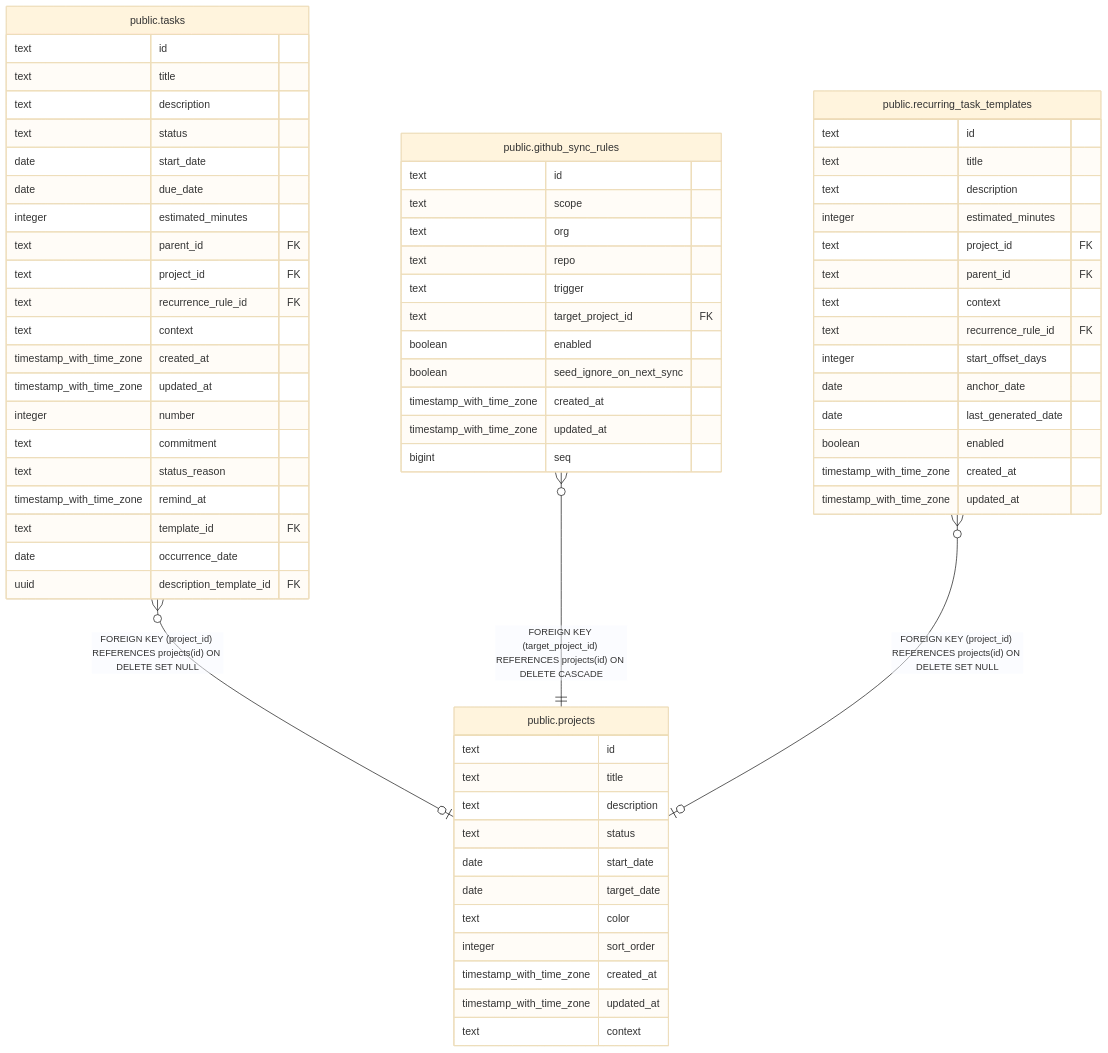
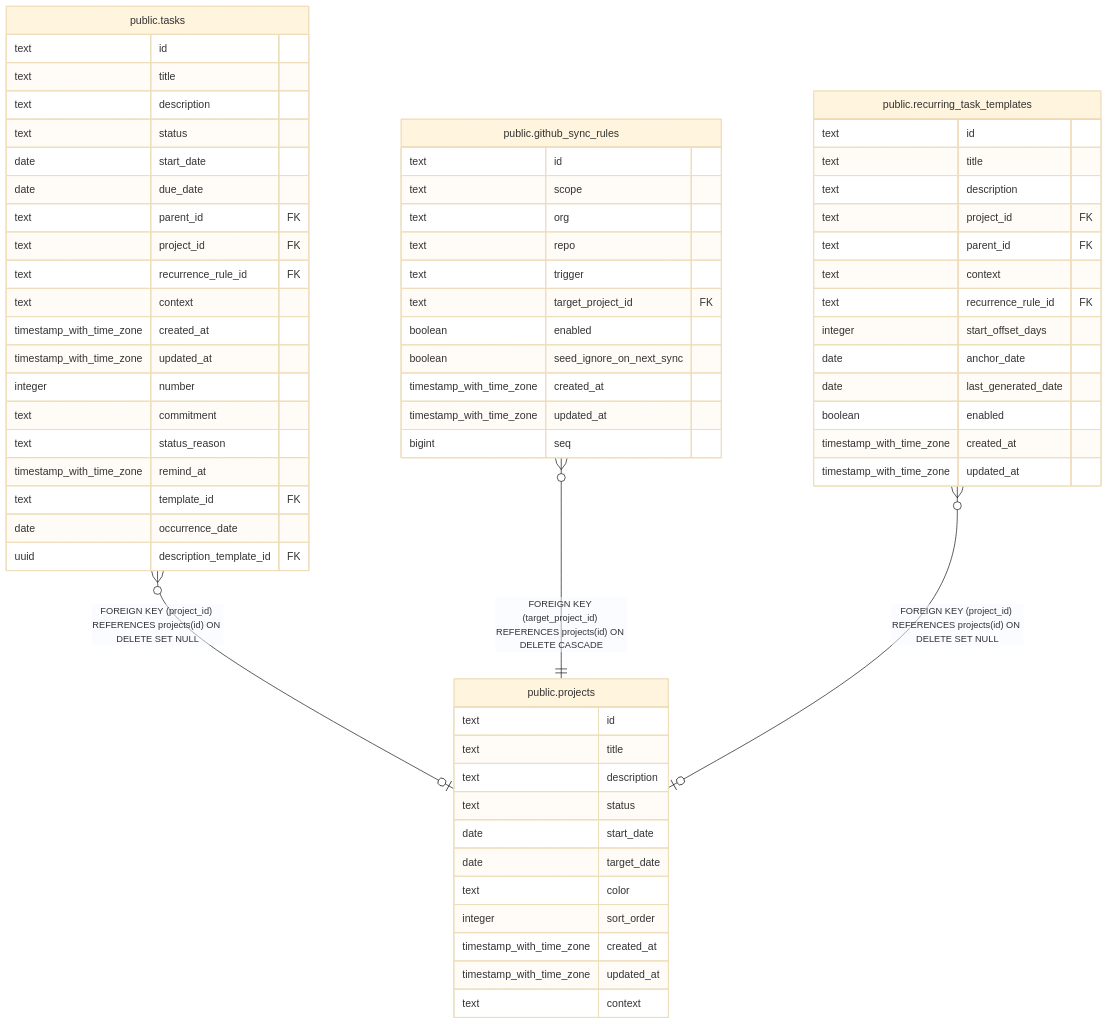
Before and after one commit to fohte/tq: the diagram in api/docs/db/public.projects.md, drawn with Mermaid (base theme). The commit also changed 25 other files, not shown here.

First line of the commit message:
api: drop unused estimation and scheduling schema

````diff
--- a/api/docs/db/public.projects.md
+++ b/api/docs/db/public.projects.md
@@ -47,72 +47,70 @@
 ```mermaid
 erDiagram
 
 "public.tasks" }o--o| "public.projects" : "FOREIGN KEY (project_id) REFERENCES projects(id) ON DELETE SET NULL"
 "public.github_sync_rules" }o--|| "public.projects" : "FOREIGN KEY (target_project_id) REFERENCES projects(id) ON DELETE CASCADE"
 "public.recurring_task_templates" }o--o| "public.projects" : "FOREIGN KEY (project_id) REFERENCES projects(id) ON DELETE SET NULL"
 
 "public.projects" {
   text id
   text title
   text description
   text status
   date start_date
   date target_date
   text color
   integer sort_order
   timestamp_with_time_zone created_at
   timestamp_with_time_zone updated_at
   text context
 }
 "public.tasks" {
   text id
   text title
   text description
   text status
   date start_date
   date due_date
-  integer estimated_minutes
   text parent_id FK
   text project_id FK
   text recurrence_rule_id FK
   text context
   timestamp_with_time_zone created_at
   timestamp_with_time_zone updated_at
   integer number
   text commitment
   text status_reason
   timestamp_with_time_zone remind_at
   text template_id FK
   date occurrence_date
   uuid description_template_id FK
 }
 "public.github_sync_rules" {
   text id
   text scope
   text org
   text repo
   text trigger
   text target_project_id FK
   boolean enabled
   boolean seed_ignore_on_next_sync
   timestamp_with_time_zone created_at
   timestamp_with_time_zone updated_at
   bigint seq
 }
 "public.recurring_task_templates" {
   text id
   text title
   text description
-  integer estimated_minutes
   text project_id FK
   text parent_id FK
   text context
   text recurrence_rule_id FK
   integer start_offset_days
   date anchor_date
   date last_generated_date
   boolean enabled
   timestamp_with_time_zone created_at
   timestamp_with_time_zone updated_at
 }
 ```
````
